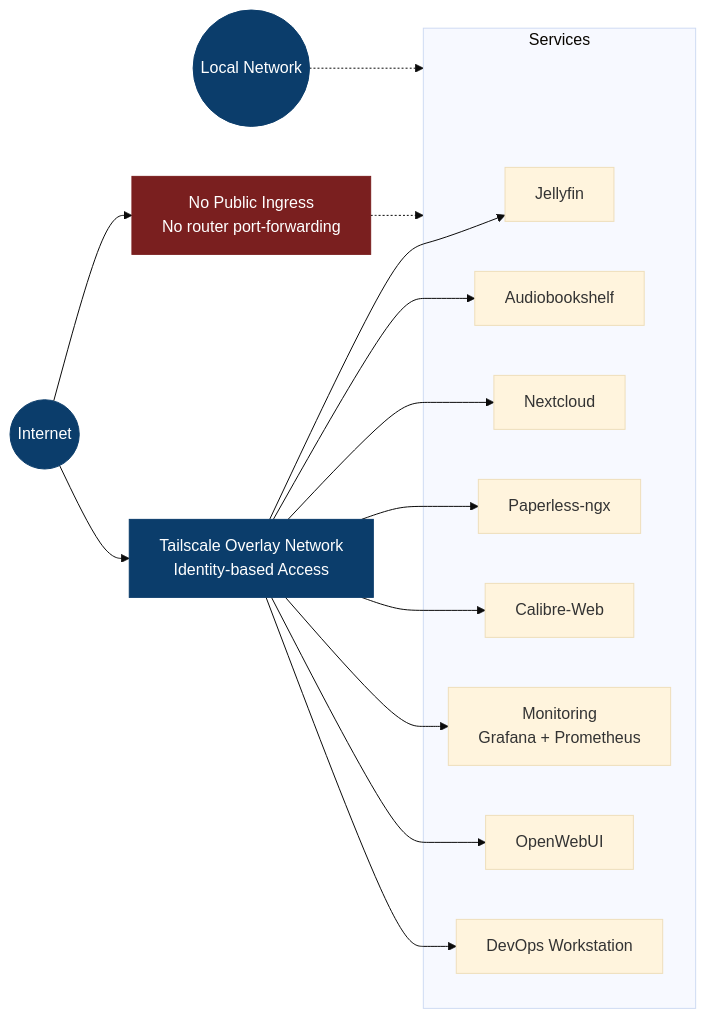
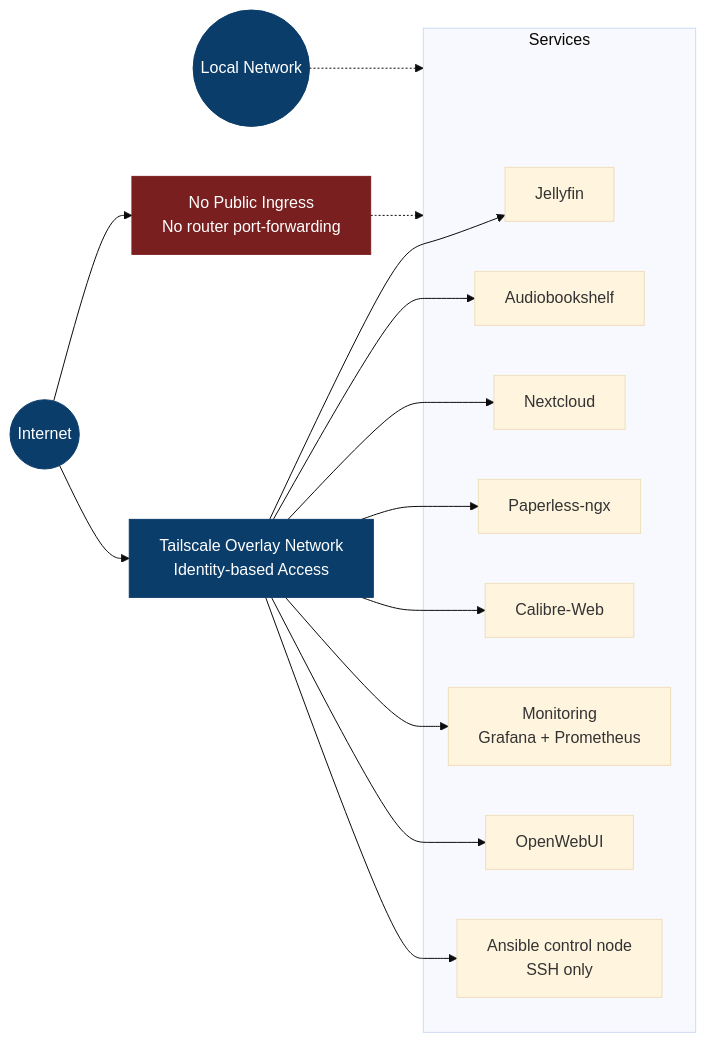
The diagram in docs/architecture/exposure-diagram.md (NicolasPogorzelski/homelab-server-architecture), drawn with Mermaid (base theme) before and after one commit. The commit also changed other lines of this file and 23 other files, not shown here.

First line of the commit message:
docs(docs): reduce node, service and architecture documents to current state

````diff
--- a/docs/architecture/exposure-diagram.md
+++ b/docs/architecture/exposure-diagram.md
@@ -11,44 +11,44 @@
 ```mermaid
 flowchart LR
 
   Internet((Internet))
   LAN((Local Network))
   TS[Tailscale Overlay Network<br/>Identity-based Access]
   NoPublic[No Public Ingress<br/>No router port-forwarding]
 
   %% Internet access model
   Internet --> TS
   Internet --> NoPublic
 
   %% No direct exposure
   NoPublic -.-> Services
 
   subgraph Services
     Jellyfin[Jellyfin]
     ABS[Audiobookshelf]
     Nextcloud[Nextcloud]
     Paperless[Paperless-ngx]
     CalibreWeb[Calibre-Web]
     Monitoring[Monitoring<br/>Grafana + Prometheus]
     OpenWebUI[OpenWebUI]
-    DevOps[DevOps Workstation]
+    DevOps[Ansible control node<br/>SSH only]
   end
 
   %% LAN exposure: none since 2026-10-01 (lan_guard on every node)
   LAN -.-> Services
 
   %% Tailscale exposure (all services)
   TS --> Jellyfin
   TS --> ABS
   TS --> Nextcloud
   TS --> Paperless
   TS --> CalibreWeb
   TS --> Monitoring
   TS --> DevOps
   TS --> OpenWebUI
 
   classDef access fill:#0b3d6b,stroke:#0b3d6b,color:#ffffff
   classDef blocked fill:#7a1f1f,stroke:#7a1f1f,color:#ffffff
   class Internet,LAN,TS access
   class NoPublic blocked
 ```
````
